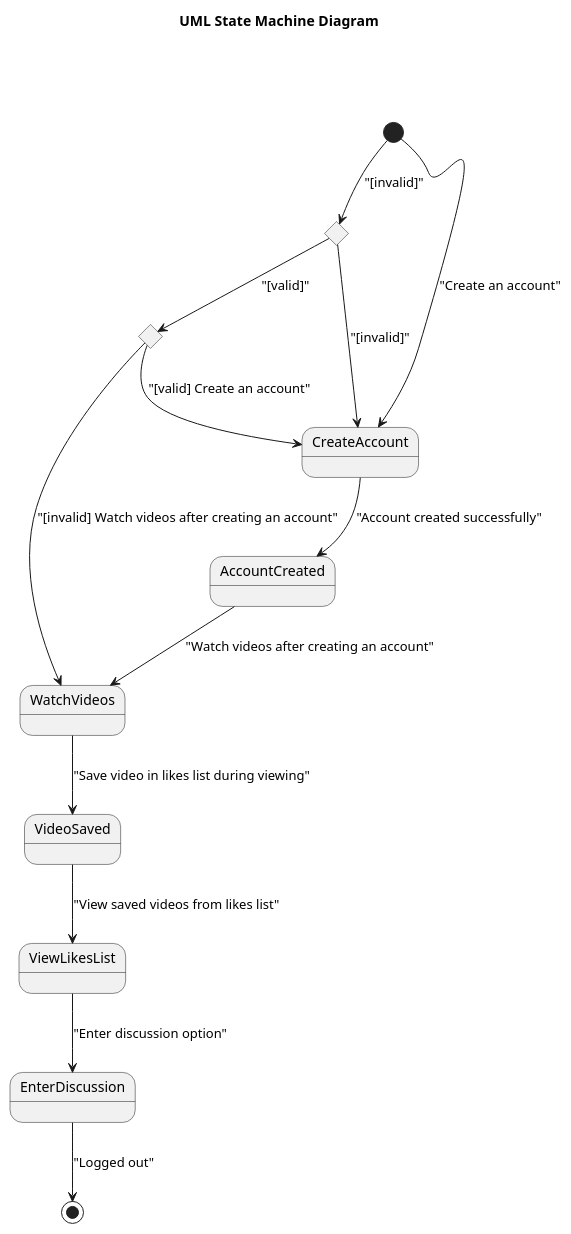
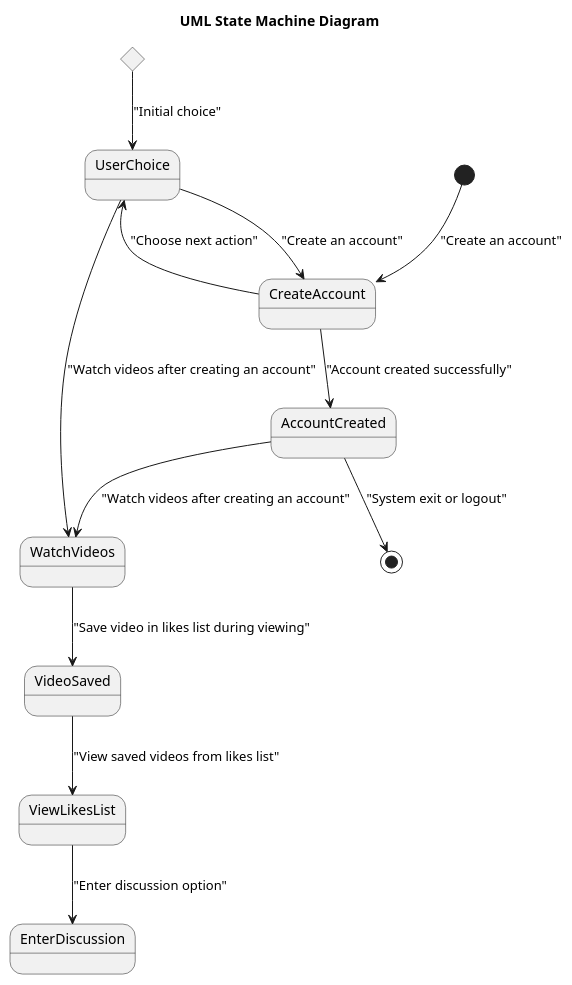
Before and after one commit to maimunafaria/State_transition_Diagram_generated_by_LLM: the diagram in results/plantuml_pipeline_run2/runs/open_source__qwen25_7b_instruct__rag_validation_generator_critic_repair/case_28_ott_based_system_mini_reel/run_01.repair_02.puml, drawn with PlantUML. The commit also changed 148 other files, not shown here.

```diff
--- a/results/plantuml_pipeline_run2/runs/open_source__qwen25_7b_instruct__rag_validation_generator_critic_repair/case_28_ott_based_system_mini_reel/run_01.repair_02.puml
+++ b/results/plantuml_pipeline_run2/runs/open_source__qwen25_7b_instruct__rag_validation_generator_critic_repair/case_28_ott_based_system_mini_reel/run_01.repair_02.puml
@@ -1,23 +1,23 @@
 @startuml
 title UML State Machine Diagram
 
 state StartChoice <<choice>>
-state UserChoice <<choice>>
 
 [*] --> CreateAccount : "Create an account"
 CreateAccount --> AccountCreated : "Account created successfully"
 
 AccountCreated --> WatchVideos : "Watch videos after creating an account"
 WatchVideos --> VideoSaved : "Save video in likes list during viewing"
 VideoSaved --> ViewLikesList : "View saved videos from likes list"
 ViewLikesList --> EnterDiscussion : "Enter discussion option"
-EnterDiscussion --> [*] : "Logged out"
 
-UserChoice --> CreateAccount : "[valid] Create an account"
-UserChoice --> WatchVideos : "[invalid] Watch videos after creating an account"
-StartChoice --> UserChoice : "[valid]"
-StartChoice --> CreateAccount : "[invalid]"
+CreateAccount --> UserChoice : "Choose next action"
+UserChoice --> CreateAccount : "Create an account"
+UserChoice --> WatchVideos : "Watch videos after creating an account"
 
-[*] --> StartChoice : "[invalid]"
+AccountCreated --> [*] : "System exit or logout"
+
+state UserChoice <<choice>>
+StartChoice --> UserChoice : "Initial choice"
 
 @enduml
```
